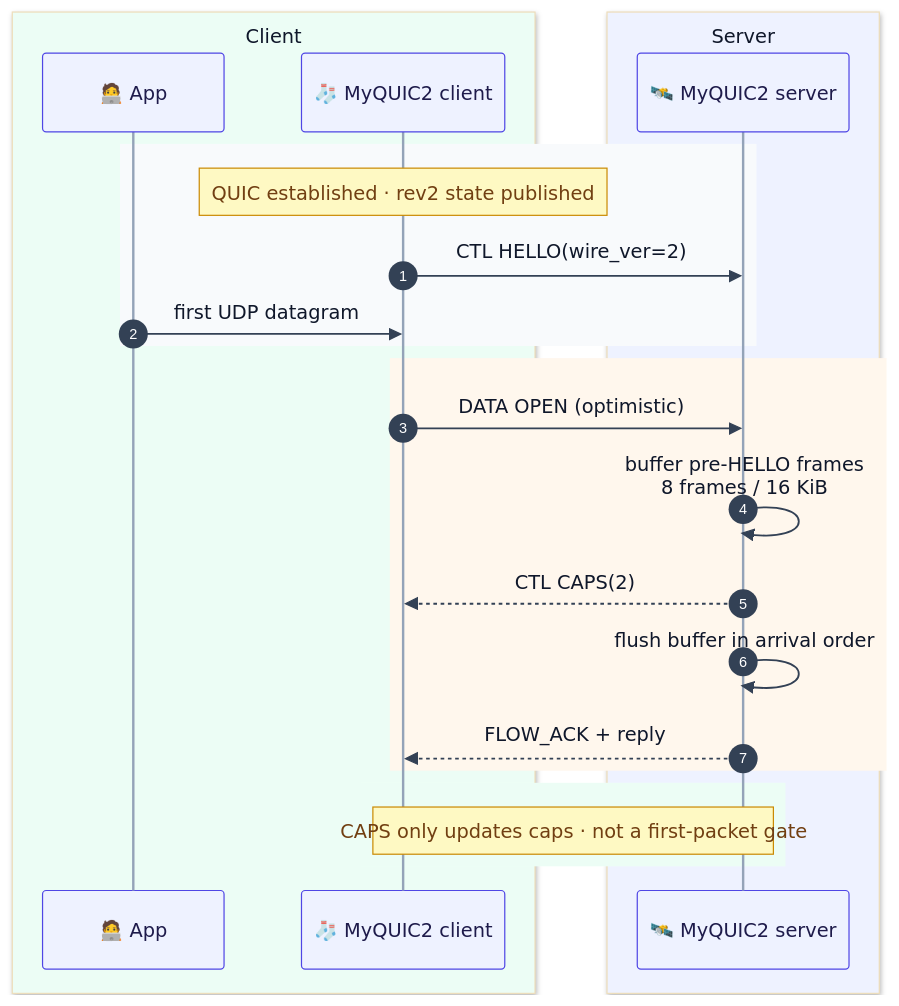
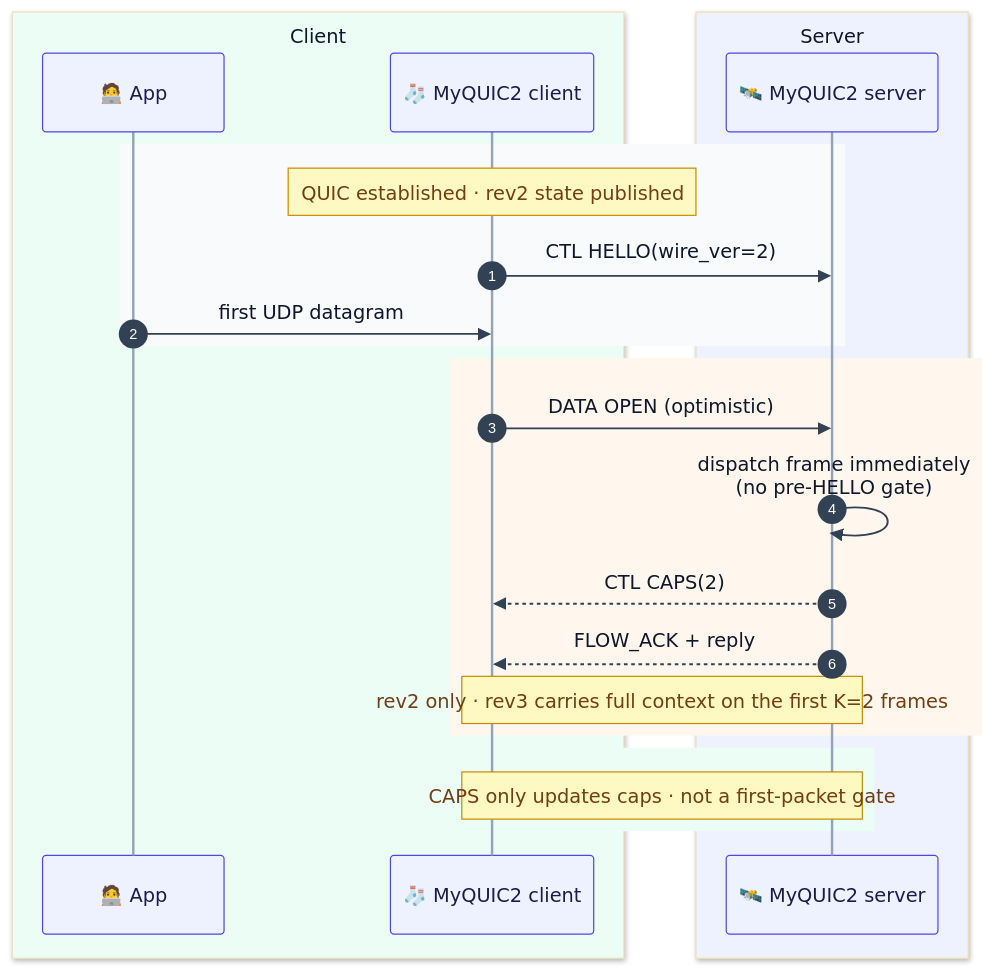
Diagram 20 of 31 in README.md (Terutoki/MyQUIC2), drawn with Mermaid before and after one commit. The commit also changed other lines of this file and 47 other files, not shown here.

````diff
--- a/README.md
+++ b/README.md
@@ -1658,29 +1792,29 @@
 ```mermaid
 %%{init: {"theme":"base","themeVariables":{"fontSize":"14px","lineColor":"#94a3b8","textColor":"#0f172a","actorBkg":"#eef2ff","actorBorder":"#4f46e5","actorTextColor":"#1e1b4b","actorLineColor":"#94a3b8","signalColor":"#334155","signalTextColor":"#0f172a","labelBoxBkgColor":"#e0e7ff","labelBoxBorderColor":"#6366f1","labelTextColor":"#1e1b4b","loopTextColor":"#1e1b4b","noteBkgColor":"#fef9c3","noteBorderColor":"#ca8a04","noteTextColor":"#713f12","activationBkgColor":"#c7d2fe","activationBorderColor":"#4f46e5","sequenceNumberBackgroundColor":"#4f46e5","sequenceNumberColor":"#ffffff"}}}%%
 sequenceDiagram
     accTitle: Optimistic first packet
-    accDescr: The first UDP payload may leave before CAPS arrives; the server buffers up to eight pre-HELLO frames and releases them in order after a valid HELLO.
+    accDescr: The first UDP payload may leave before CAPS arrives; rev2 frames are dispatched immediately (no pre-HELLO buffer), and CAPS only refreshes the negotiated caps.
     autonumber
     box rgb(236, 253, 245) Client
         participant App as 🧑‍💻 App
         participant Client as 🧦 MyQUIC2 client
     end
     box rgb(238, 242, 255) Server
         participant Server as 🛰️ MyQUIC2 server
     end
     rect rgb(248, 250, 252)
         Note over Client: QUIC established · rev2 state published
         Client->>Server: CTL HELLO(wire_ver=2)
         App->>Client: first UDP datagram
     end
     rect rgb(255, 247, 237)
         Client->>Server: DATA OPEN (optimistic)
-        Server->>Server: buffer pre-HELLO frames<br/>8 frames / 16 KiB
+        Server->>Server: dispatch frame immediately<br/>(no pre-HELLO gate)
         Server-->>Client: CTL CAPS(2)
-        Server->>Server: flush buffer in arrival order
         Server-->>Client: FLOW_ACK + reply
+        Note over Server,Client: rev2 only · rev3 carries full context on the first K=2 frames
     end
     rect rgb(236, 253, 245)
         Note over Client,Server: CAPS only updates caps · not a first-packet gate
     end
 ```
````
